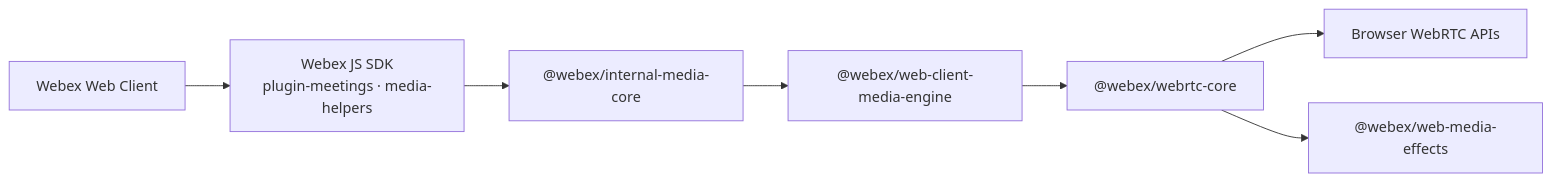
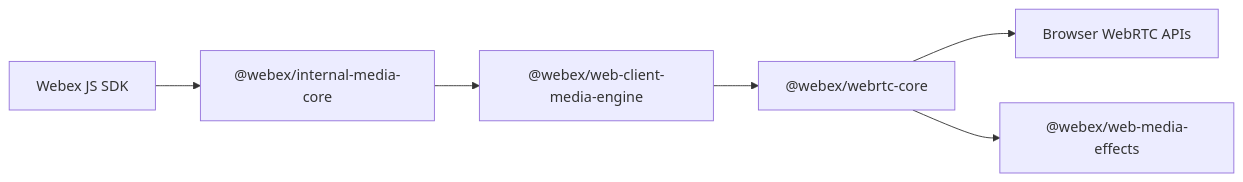
Before and after one commit to webex/webrtc-core: the diagram in docs/knowledge-base/architecture/webrtc-core-overview.md, drawn with Mermaid. The commit also changed other lines of this file and 4 other files, not shown here.

````diff
--- a/docs/knowledge-base/architecture/webrtc-core-overview.md
+++ b/docs/knowledge-base/architecture/webrtc-core-overview.md
@@ -13,9 +13,8 @@
 ```mermaid
 flowchart LR
-  WebClient["Webex Web Client"] --> SDK["Webex JS SDK<br/>plugin-meetings · media-helpers"]
-  SDK --> IMC["@webex/internal-media-core"]
+  SDK["Webex JS SDK"] --> IMC["@webex/internal-media-core"]
   IMC --> WCME["@webex/web-client-media-engine"]
   WCME --> Core["@webex/webrtc-core"]
   Core --> Browser["Browser WebRTC APIs"]
   Core --> Effects["@webex/web-media-effects"]
 ```
````
